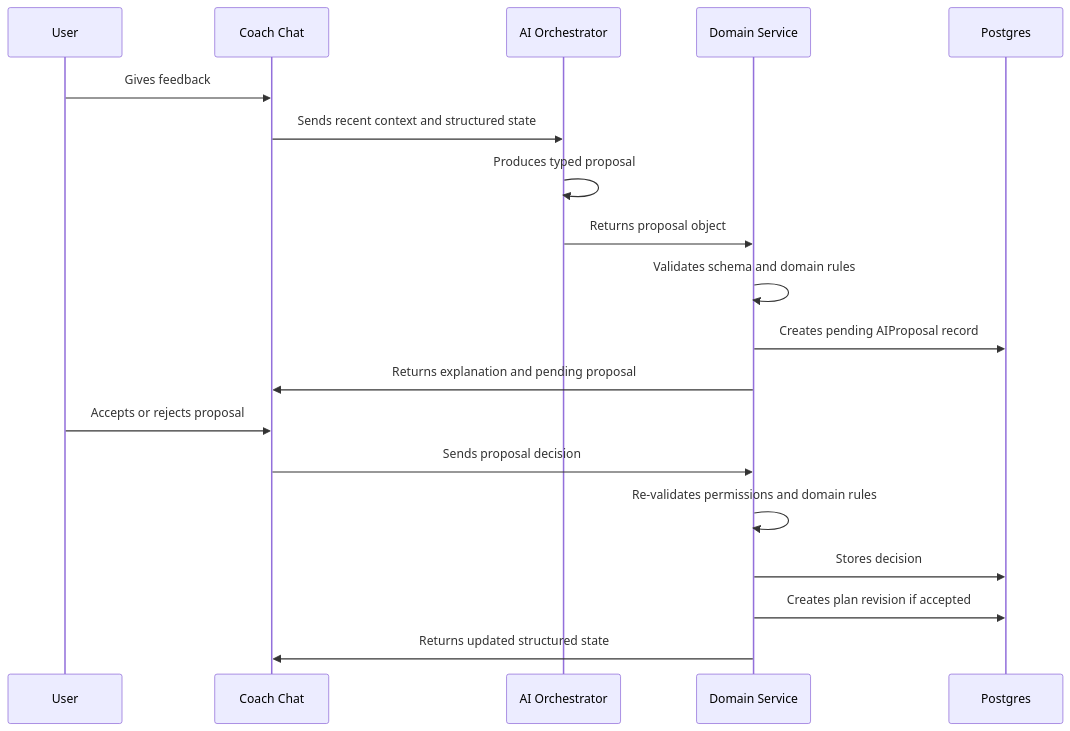
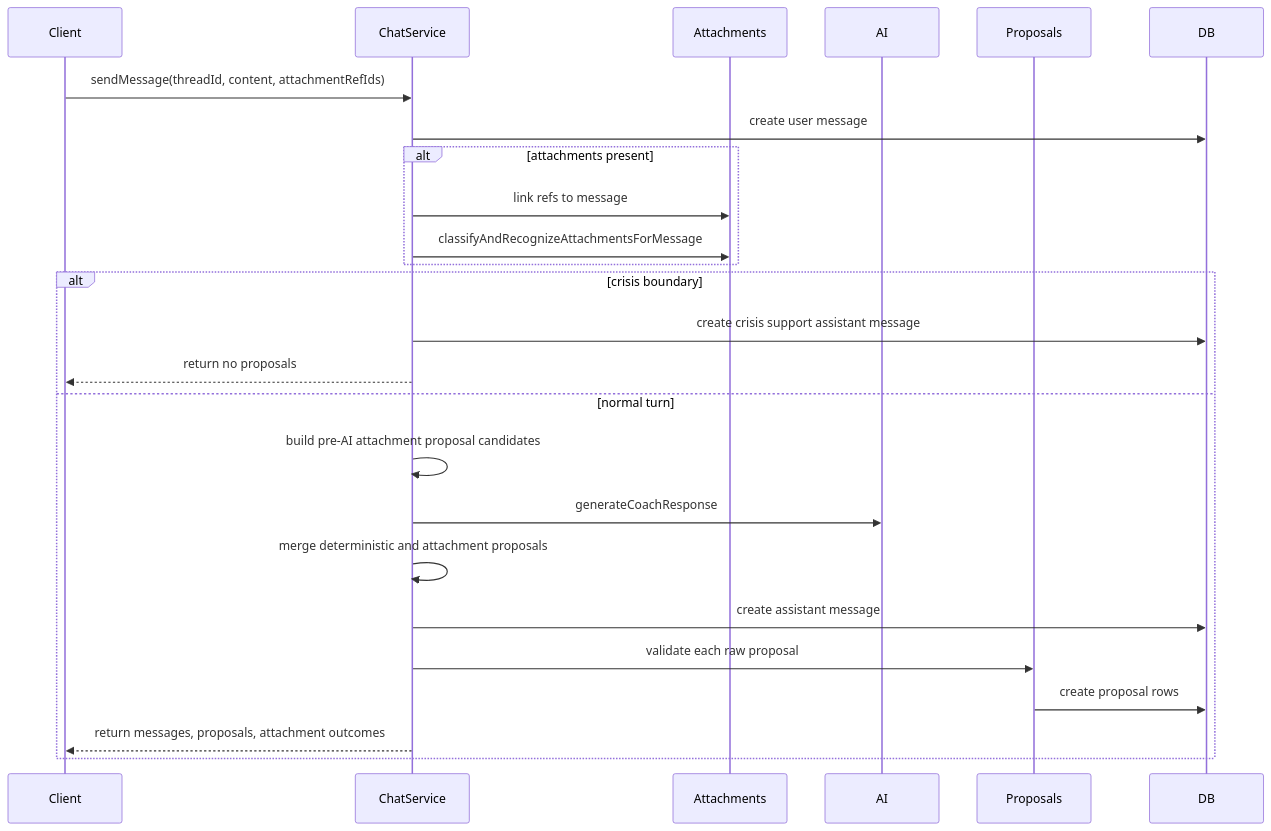
One commit to IldarRash/HealthTracer changed the first of 3 diagrams in docs/architecture/ai-update-flow.md. Above: the diagram before and after it, drawn with Mermaid. The commit also changed other lines of this file and 164 other files, not shown here.

````diff
--- a/docs/architecture/ai-update-flow.md
+++ b/docs/architecture/ai-update-flow.md
@@ -11,22 +42,28 @@
 ```mermaid
 sequenceDiagram
-  participant User
-  participant Chat as Coach Chat
-  participant AI as AI Orchestrator
-  participant API as Domain Service
-  participant DB as Postgres
+  participant Client
+  participant ChatService
+  participant Attachments
+  participant AI
+  participant Proposals
+  participant DB
 
-  User->>Chat: Gives feedback
-  Chat->>AI: Sends recent context and structured state
-  AI->>AI: Produces typed proposal
-  AI->>API: Returns proposal object
-  API->>API: Validates schema and domain rules
-  API->>DB: Creates pending AIProposal record
-  API->>Chat: Returns explanation and pending proposal
-  User->>Chat: Accepts or rejects proposal
-  Chat->>API: Sends proposal decision
-  API->>API: Re-validates permissions and domain rules
-  API->>DB: Stores decision
-  API->>DB: Creates plan revision if accepted
-  API->>Chat: Returns updated structured state
+  Client->>ChatService: sendMessage(threadId, content, attachmentRefIds)
+  ChatService->>DB: create user message
+  alt attachments present
+    ChatService->>Attachments: link refs to message
+    ChatService->>Attachments: classifyAndRecognizeAttachmentsForMessage
+  end
+  alt crisis boundary
+    ChatService->>DB: create crisis support assistant message
+    ChatService-->>Client: return no proposals
+  else normal turn
+    ChatService->>ChatService: build pre-AI attachment proposal candidates
+    ChatService->>AI: generateCoachResponse
+    ChatService->>ChatService: merge deterministic and attachment proposals
+    ChatService->>DB: create assistant message
+    ChatService->>Proposals: validate each raw proposal
+    Proposals->>DB: create proposal rows
+    ChatService-->>Client: return messages, proposals, attachment outcomes
+  end
 ```
````
